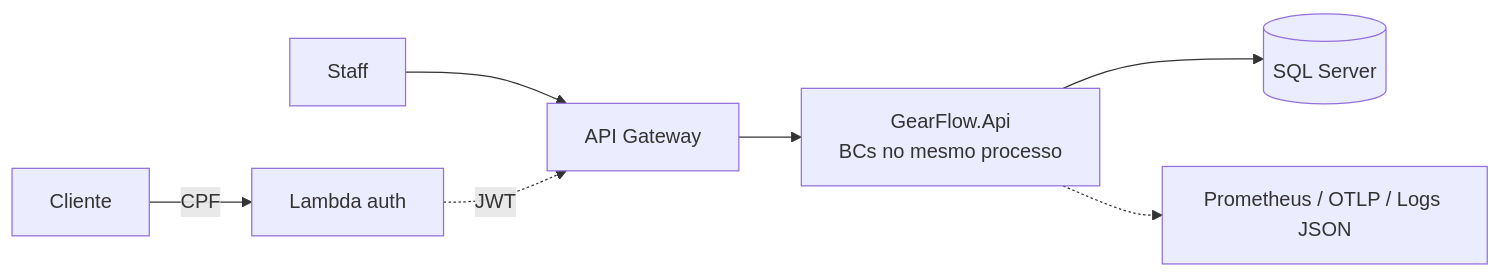
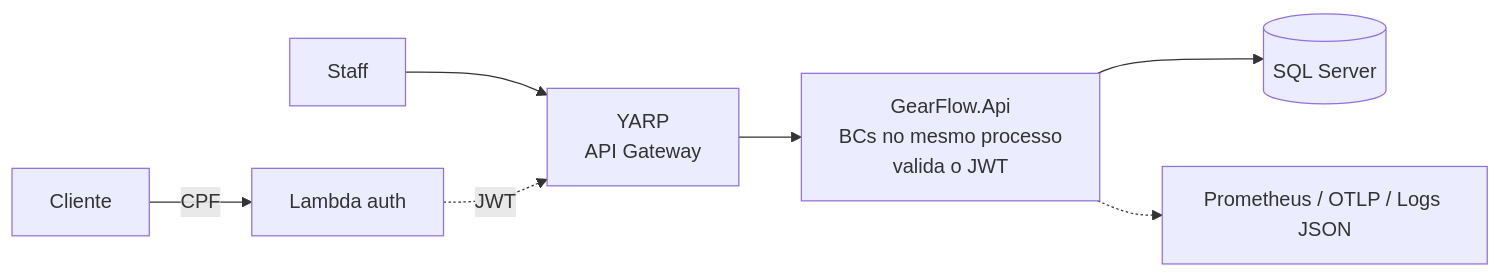
One commit to Gearflow-Fiap/gearflow-app changed the diagram in README.md. Above: the diagram before and after it, drawn with Mermaid. The commit also changed other lines of this file and 4 other files, not shown here.

First line of the commit message:
docs: esclarece que o API Gateway é o YARP (não gerenciado) + guarda o enunciado

````diff
--- a/README.md
+++ b/README.md
@@ -30,9 +30,9 @@
 ```mermaid
 flowchart LR
-    U[Staff] --> GW[API Gateway]
+    U[Staff] --> GW[YARP<br/>API Gateway]
     C[Cliente] -->|CPF| L[Lambda auth]
     L -.JWT.-> GW
-    GW --> API[GearFlow.Api<br/>BCs no mesmo processo]
+    GW --> API[GearFlow.Api<br/>BCs no mesmo processo<br/>valida o JWT]
     API --> DB[(SQL Server)]
     API -.-> OTEL[Prometheus / OTLP / Logs JSON]
 ```
````
